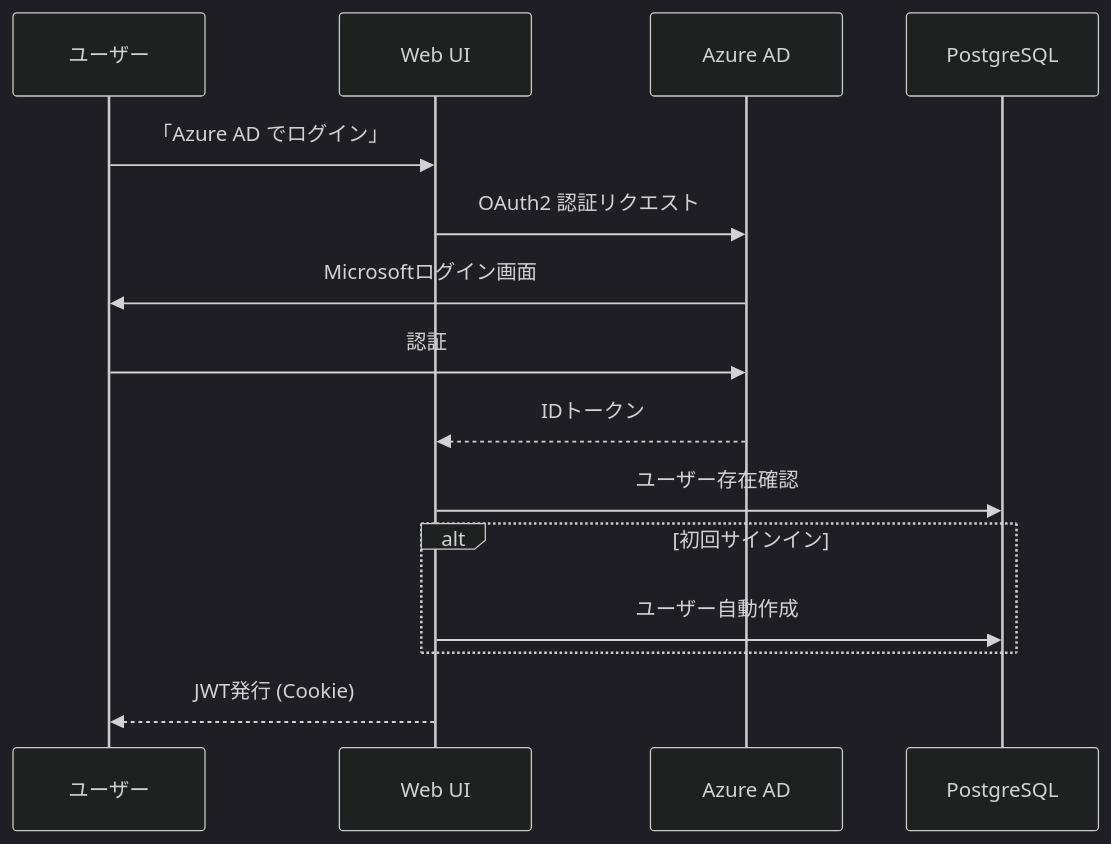
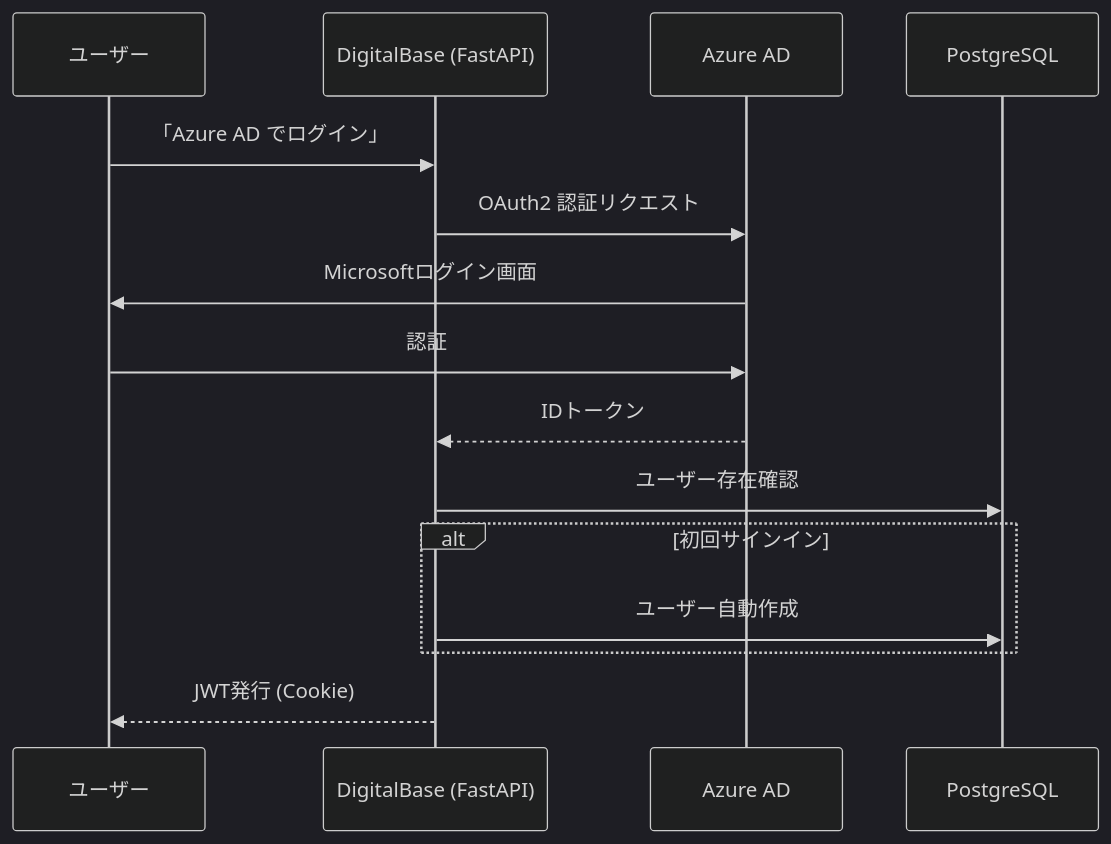
The fourth of 5 diagrams in docs/technical/SYSTEM_ARCHITECTURE.md (lmlight-app/dist_vite), drawn with Mermaid (dark theme) before and after one commit. The commit also changed other lines of this file and 58 other files, not shown here.

First line of the commit message:
Rebrand LM Light to DigitalBase and update docs

````diff
--- a/docs/technical/SYSTEM_ARCHITECTURE.md
+++ b/docs/technical/SYSTEM_ARCHITECTURE.md
@@ -142,18 +147,18 @@
 ```mermaid
 sequenceDiagram
     participant U as ユーザー
-    participant W as Web UI
+    participant App as DigitalBase (FastAPI)
     participant AZ as Azure AD
     participant DB as PostgreSQL
 
-    U->>W: 「Azure AD でログイン」
-    W->>AZ: OAuth2 認証リクエスト
+    U->>App: 「Azure AD でログイン」
+    App->>AZ: OAuth2 認証リクエスト
     AZ->>U: Microsoftログイン画面
     U->>AZ: 認証
-    AZ-->>W: IDトークン
-    W->>DB: ユーザー存在確認
+    AZ-->>App: IDトークン
+    App->>DB: ユーザー存在確認
     alt 初回サインイン
-        W->>DB: ユーザー自動作成
+        App->>DB: ユーザー自動作成
     end
-    W-->>U: JWT発行 (Cookie)
+    App-->>U: JWT発行 (Cookie)
 ```
````
